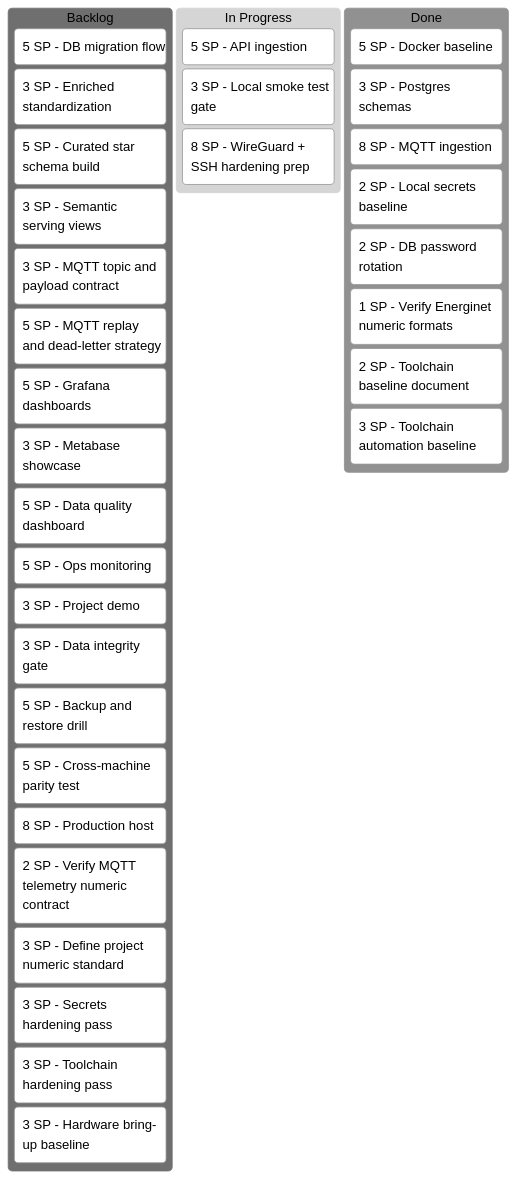
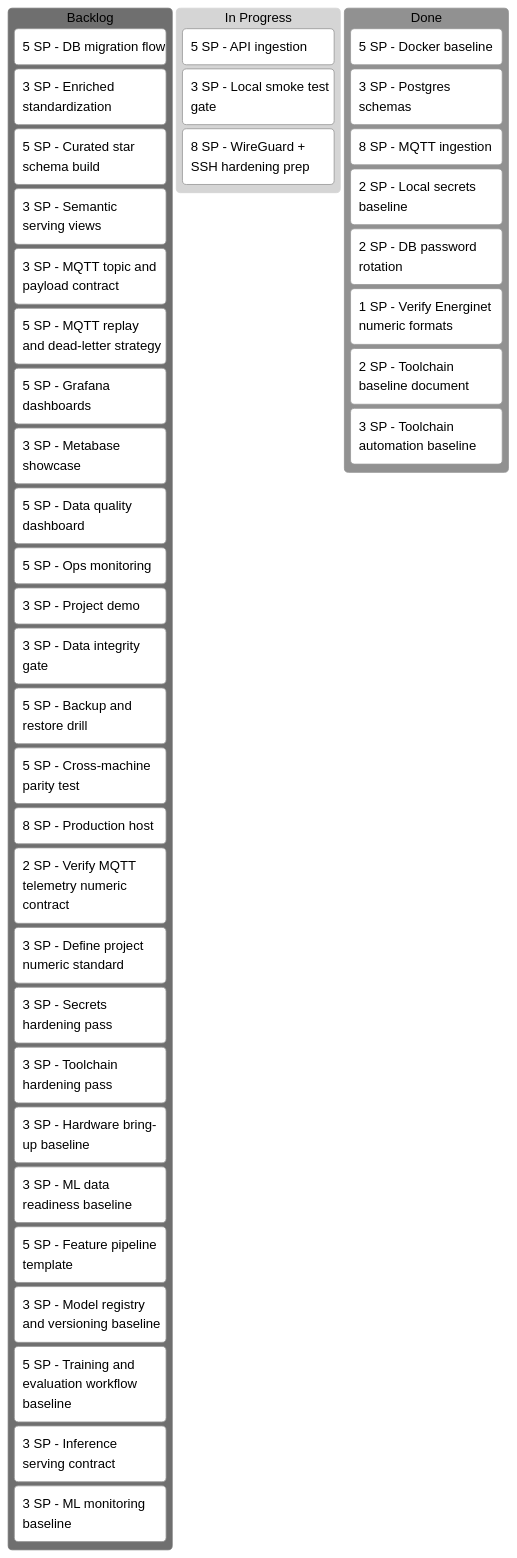
Before and after one commit to EnTekLasse/commons-anchor: the diagram in docs/architecture/diagrams/project-kanban.mmd, drawn with Mermaid (neutral theme). The commit also changed 25 other files, not shown here.

```diff
--- a/docs/architecture/diagrams/project-kanban.mmd
+++ b/docs/architecture/diagrams/project-kanban.mmd
@@ -1,66 +1,78 @@
 %% AUTO-GENERATED FROM docs/architecture/diagram-model.json
 kanban
   Backlog
     [5 SP - DB migration flow]
 
     [3 SP - Enriched standardization]
 
     [5 SP - Curated star schema build]
 
     [3 SP - Semantic serving views]
 
     [3 SP - MQTT topic and payload contract]
 
     [5 SP - MQTT replay and dead-letter strategy]
 
     [5 SP - Grafana dashboards]
 
     [3 SP - Metabase showcase]
 
     [5 SP - Data quality dashboard]
 
     [5 SP - Ops monitoring]
 
     [3 SP - Project demo]
 
     [3 SP - Data integrity gate]
 
     [5 SP - Backup and restore drill]
 
     [5 SP - Cross-machine parity test]
 
     [8 SP - Production host]
 
     [2 SP - Verify MQTT telemetry numeric contract]
 
     [3 SP - Define project numeric standard]
 
     [3 SP - Secrets hardening pass]
 
     [3 SP - Toolchain hardening pass]
 
     [3 SP - Hardware bring-up baseline]
 
+    [3 SP - ML data readiness baseline]
+
+    [5 SP - Feature pipeline template]
+
+    [3 SP - Model registry and versioning baseline]
+
+    [5 SP - Training and evaluation workflow baseline]
+
+    [3 SP - Inference serving contract]
+
+    [3 SP - ML monitoring baseline]
+
   [In Progress]
     [5 SP - API ingestion]
 
     [3 SP - Local smoke test gate]
 
     [8 SP - WireGuard + SSH hardening prep]
 
   Done
     [5 SP - Docker baseline]
 
     [3 SP - Postgres schemas]
 
     [8 SP - MQTT ingestion]
 
     [2 SP - Local secrets baseline]
 
     [2 SP - DB password rotation]
 
     [1 SP - Verify Energinet numeric formats]
 
     [2 SP - Toolchain baseline document]
 
     [3 SP - Toolchain automation baseline]
```
